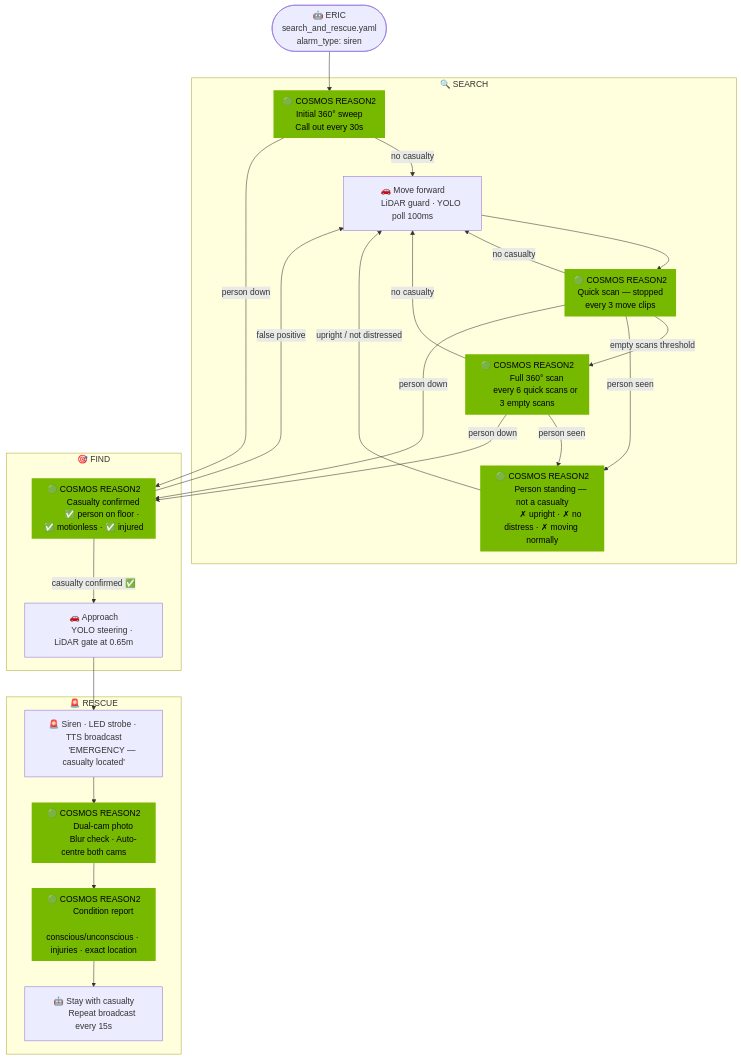
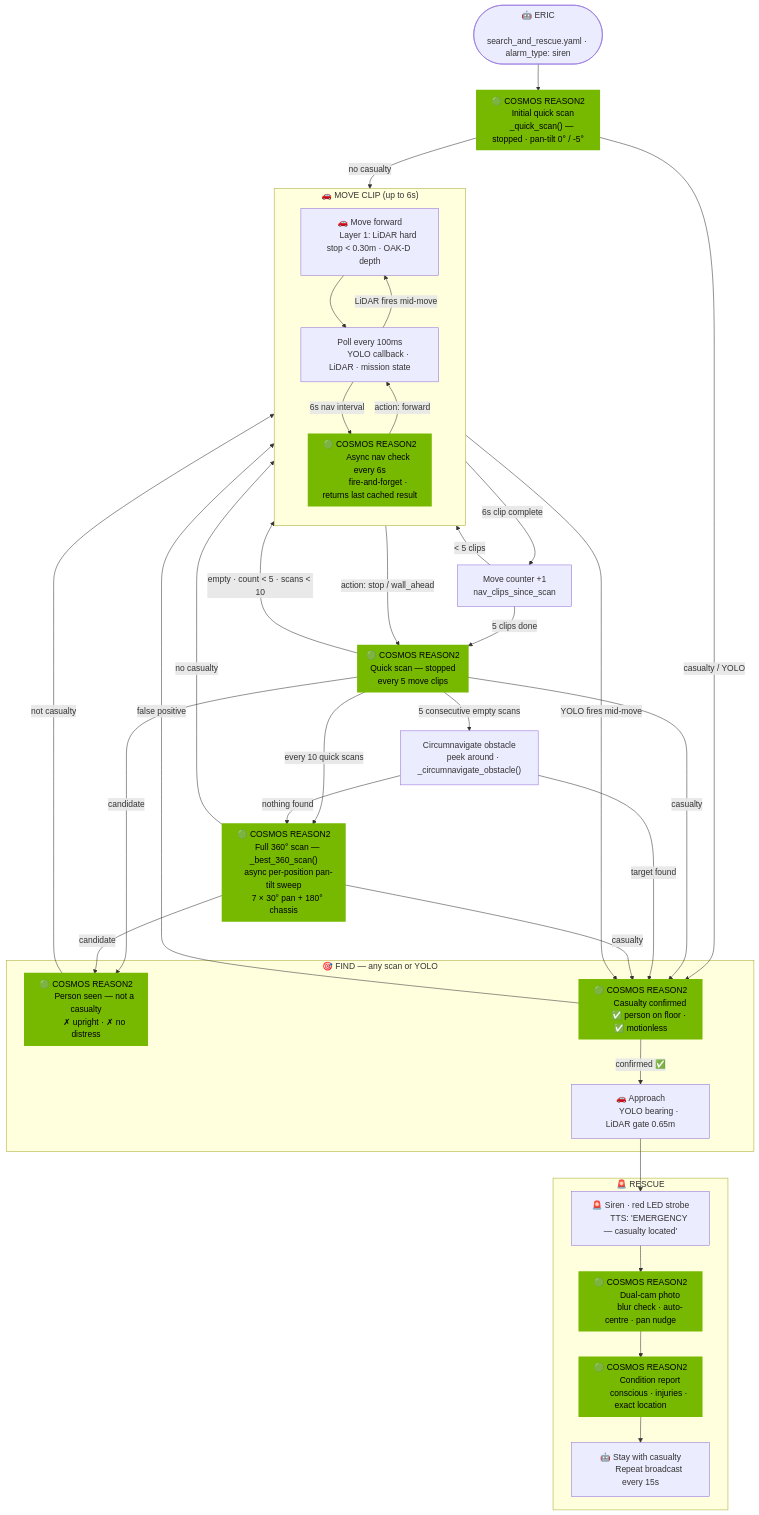
Before and after one commit to OppaAI/eric: the diagram in docs/demo_flow.md, drawn with Mermaid.

Commit message:
Update demo_flow.md to the latest flow

````diff
--- a/docs/demo_flow.md
+++ b/docs/demo_flow.md
@@ -2,63 +2,96 @@
 flowchart TD
 
     START(["🤖 ERIC
-    search_and_rescue.yaml
-    alarm_type: siren"])
+    search_and_rescue.yaml · alarm_type: siren"])
 
-    subgraph SEARCH ["🔍 SEARCH"]
-        SWEEP[["🟢 COSMOS REASON2
-        Initial 360° sweep
-        Call out every 30s"]]
-        MOVE["🚗 Move forward
-        LiDAR guard · YOLO poll 100ms"]
-        QUICK[["🟢 COSMOS REASON2
-        Quick scan — stopped
-        every 3 move clips"]]
-        SCAN_360[["🟢 COSMOS REASON2
-        Full 360° scan
-        every 6 quick scans or 3 empty scans"]]
-        REJECT[["🟢 COSMOS REASON2
-        Person standing — not a casualty
-        ✗ upright · ✗ no distress · ✗ moving normally"]]
+    INIT[["🟢 COSMOS REASON2
+    Initial quick scan
+    _quick_scan() — stopped · pan-tilt 0° / -5°"]]
+
+    subgraph CLIP ["🚗 MOVE CLIP  (up to 6s)"]
+        direction TB
+        FORWARD["🚗 Move forward
+        Layer 1: LiDAR hard stop < 0.30m · OAK-D depth"]
+        POLL["Poll every 100ms
+        YOLO callback · LiDAR · mission state"]
+        ASYNC[["🟢 COSMOS REASON2
+        Async nav check every 6s
+        fire-and-forget · returns last cached result"]]
+        FORWARD --> POLL
+        POLL -- "6s nav interval" --> ASYNC
+        ASYNC -- "action: forward" --> POLL
     end
 
-    subgraph FIND ["🎯 FIND"]
+    MOVE_COUNTER["Move counter +1
+    nav_clips_since_scan"]
+
+    QUICK[["🟢 COSMOS REASON2
+    Quick scan — stopped
+    every 5 move clips"]]
+
+    CIRC["Circumnavigate obstacle
+    peek around · _circumnavigate_obstacle()"]
+
+    SCAN_360[["🟢 COSMOS REASON2
+    Full 360° scan — _best_360_scan()
+    async per-position pan-tilt sweep
+    7 × 30° pan + 180° chassis"]]
+
+    subgraph FIND ["🎯 FIND — any scan or YOLO"]
+        REJECT[["🟢 COSMOS REASON2
+        Person seen — not a casualty
+        ✗ upright · ✗ no distress"]]
         CONFIRM[["🟢 COSMOS REASON2
         Casualty confirmed
-        ✅ person on floor · ✅ motionless · ✅ injured"]]
+        ✅ person on floor · ✅ motionless"]]
         APPROACH["🚗 Approach
-        YOLO steering · LiDAR gate at 0.65m"]
+        YOLO bearing · LiDAR gate 0.65m"]
+        REJECT -- "not casualty" --> FORWARD
+        CONFIRM -- "false positive" --> FORWARD
+        CONFIRM -- "confirmed ✅" --> APPROACH
     end
 
     subgraph RESCUE ["🚨 RESCUE"]
-        SIREN["🚨 Siren · LED strobe · TTS broadcast
-        'EMERGENCY — casualty located'"]
+        SIREN["🚨 Siren · red LED strobe
+        TTS: 'EMERGENCY — casualty located'"]
         PHOTO[["🟢 COSMOS REASON2
         Dual-cam photo
-        Blur check · Auto-centre both cams"]]
+        blur check · auto-centre · pan nudge"]]
         REPORT[["🟢 COSMOS REASON2
         Condition report
-        conscious/unconscious · injuries · exact location"]]
+        conscious · injuries · exact location"]]
         STAY["🤖 Stay with casualty
         Repeat broadcast every 15s"]
+        SIREN --> PHOTO --> REPORT --> STAY
     end
 
-    START --> SWEEP
-    SWEEP -- "no casualty" --> MOVE
-    MOVE --> QUICK
-    QUICK -- "no casualty" --> MOVE
-    QUICK -- "empty scans threshold" --> SCAN_360
-    SCAN_360 -- "no casualty" --> MOVE
-    QUICK -- "person seen" --> REJECT
-    SCAN_360 -- "person seen" --> REJECT
-    REJECT -- "upright / not distressed" --> MOVE
-    QUICK -- "person down" --> CONFIRM
-    SCAN_360 -- "person down" --> CONFIRM
-    SWEEP -- "person down" --> CONFIRM
-    CONFIRM -- "false positive" --> MOVE
-    CONFIRM -- "casualty confirmed ✅" --> APPROACH
-    APPROACH --> SIREN --> PHOTO --> REPORT --> STAY
+    START --> INIT
+    INIT -- "no casualty" --> FORWARD
+    INIT -- "casualty / YOLO" --> CONFIRM
+
+    POLL -- "YOLO fires mid-move" --> CONFIRM
+    POLL -- "LiDAR fires mid-move" --> FORWARD
+    ASYNC -- "action: stop / wall_ahead" --> QUICK
+    POLL -- "6s clip complete" --> MOVE_COUNTER
+
+    MOVE_COUNTER -- "< 5 clips" --> FORWARD
+    MOVE_COUNTER -- "5 clips done" --> QUICK
+
+    QUICK -- "candidate" --> REJECT
+    QUICK -- "casualty" --> CONFIRM
+    QUICK -- "empty · count < 5 · scans < 10" --> FORWARD
+    QUICK -- "5 consecutive empty scans" --> CIRC
+    QUICK -- "every 10 quick scans" --> SCAN_360
+
+    CIRC -- "target found" --> CONFIRM
+    CIRC -- "nothing found" --> SCAN_360
+
+    SCAN_360 -- "no casualty" --> FORWARD
+    SCAN_360 -- "candidate" --> REJECT
+    SCAN_360 -- "casualty" --> CONFIRM
+
+    APPROACH --> SIREN
 
     classDef cosmos fill:#76b900,stroke:#76b900,stroke-width:3px,color:#000000
-    class SWEEP,QUICK,SCAN_360,REJECT,CONFIRM,PHOTO,REPORT cosmos
+    class INIT,ASYNC,QUICK,SCAN_360,REJECT,CONFIRM,PHOTO,REPORT cosmos
 ```
````
